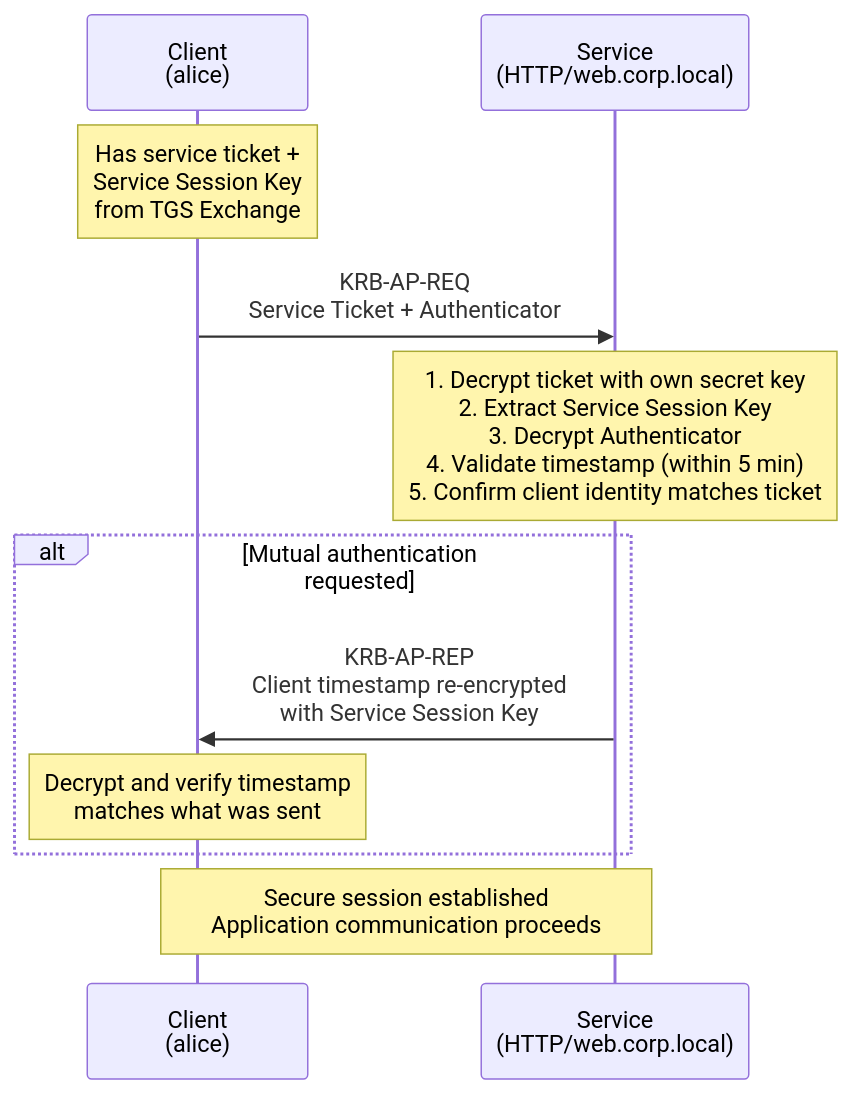
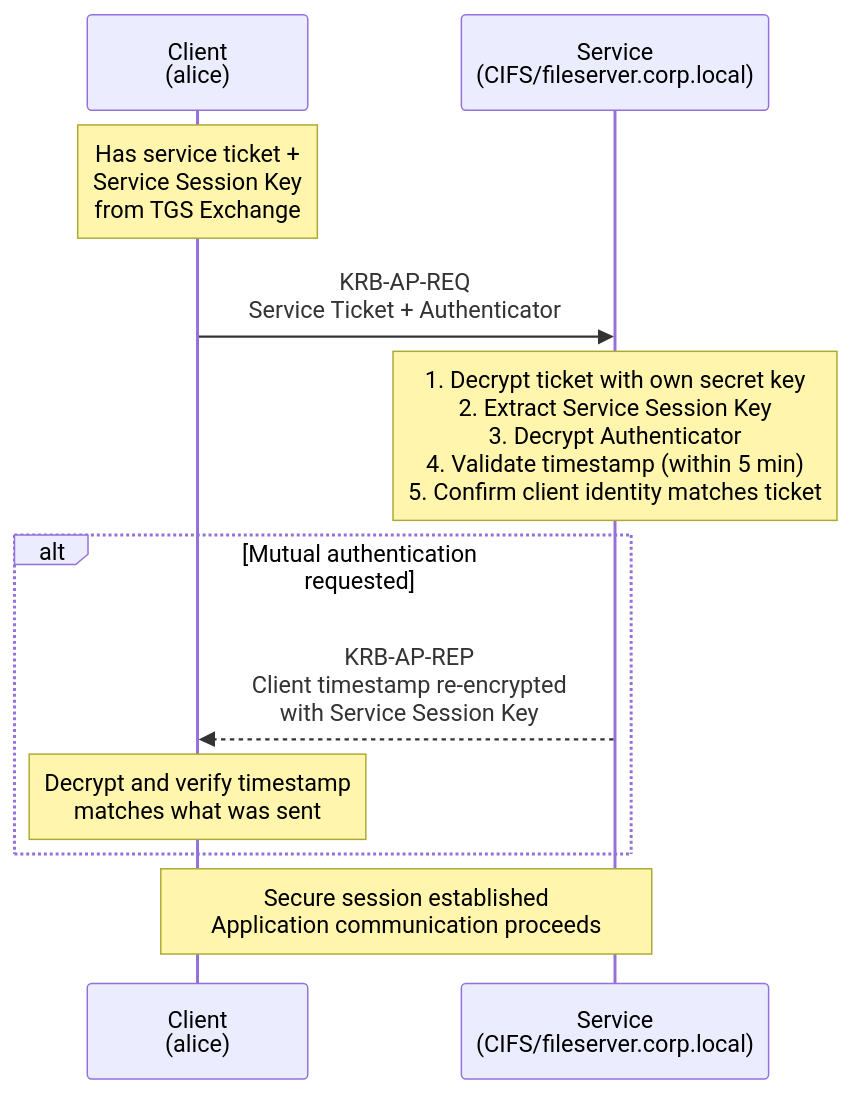
Before and after one commit to StrongWind1/Kerberos: the first of 2 diagrams in content/protocol/ap-exchange.md, drawn with Mermaid. The commit also changed other lines of this file and 117 other files, not shown here.

````diff
--- a/content/protocol/ap-exchange.md
+++ b/content/protocol/ap-exchange.md
@@ -26,17 +36,17 @@
 ```mermaid
 sequenceDiagram
     participant C as Client<br/>(alice)
-    participant S as Service<br/>(HTTP/web.corp.local)
+    participant S as Service<br/>(CIFS/fileserver.corp.local)
 
     Note over C: Has service ticket + <br/>Service Session Key<br/>from TGS Exchange
 
     C->>S: KRB-AP-REQ<br/>Service Ticket + Authenticator
     Note over S: 1. Decrypt ticket with own secret key<br/>2. Extract Service Session Key<br/>3. Decrypt Authenticator<br/>4. Validate timestamp (within 5 min)<br/>5. Confirm client identity matches ticket
 
     alt Mutual authentication requested
-        S->>C: KRB-AP-REP<br/>Client timestamp re-encrypted<br/>with Service Session Key
+        S-->>C: KRB-AP-REP<br/>Client timestamp re-encrypted<br/>with Service Session Key
         Note over C: Decrypt and verify timestamp<br/>matches what was sent
     end
 
     Note over C,S: Secure session established<br/>Application communication proceeds
 ```
````
